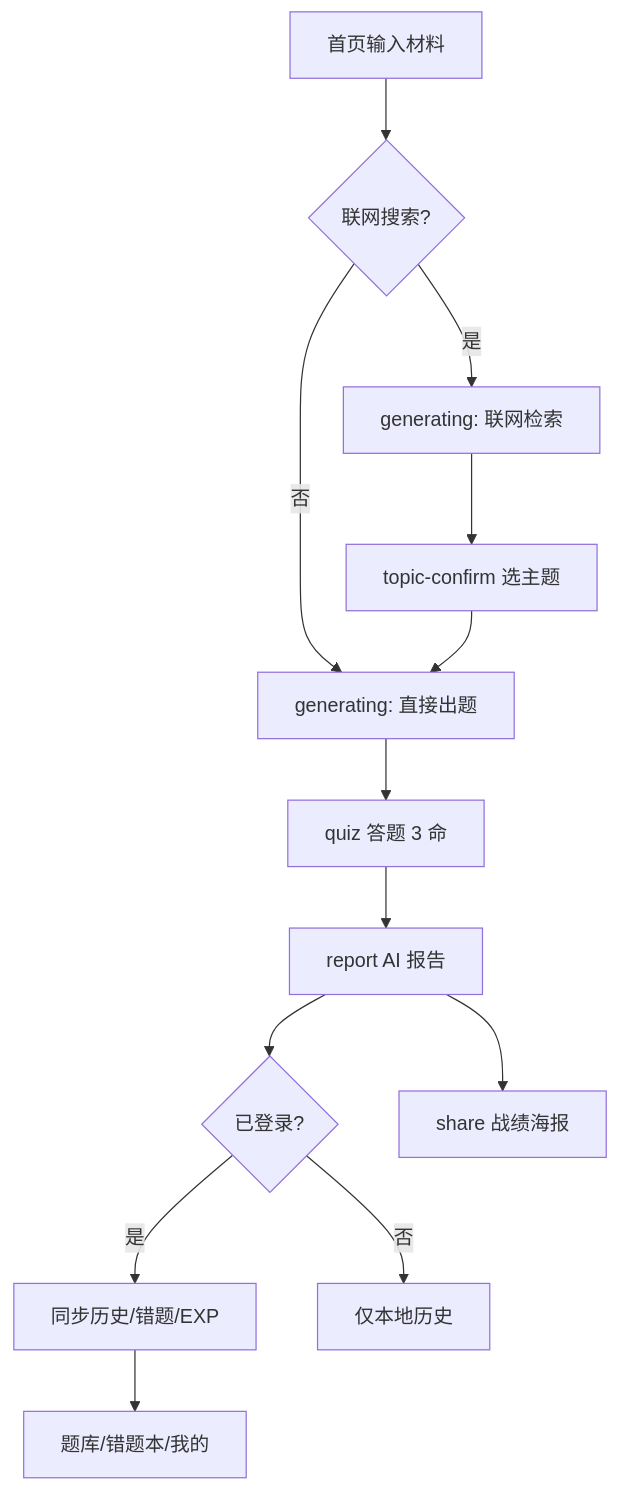
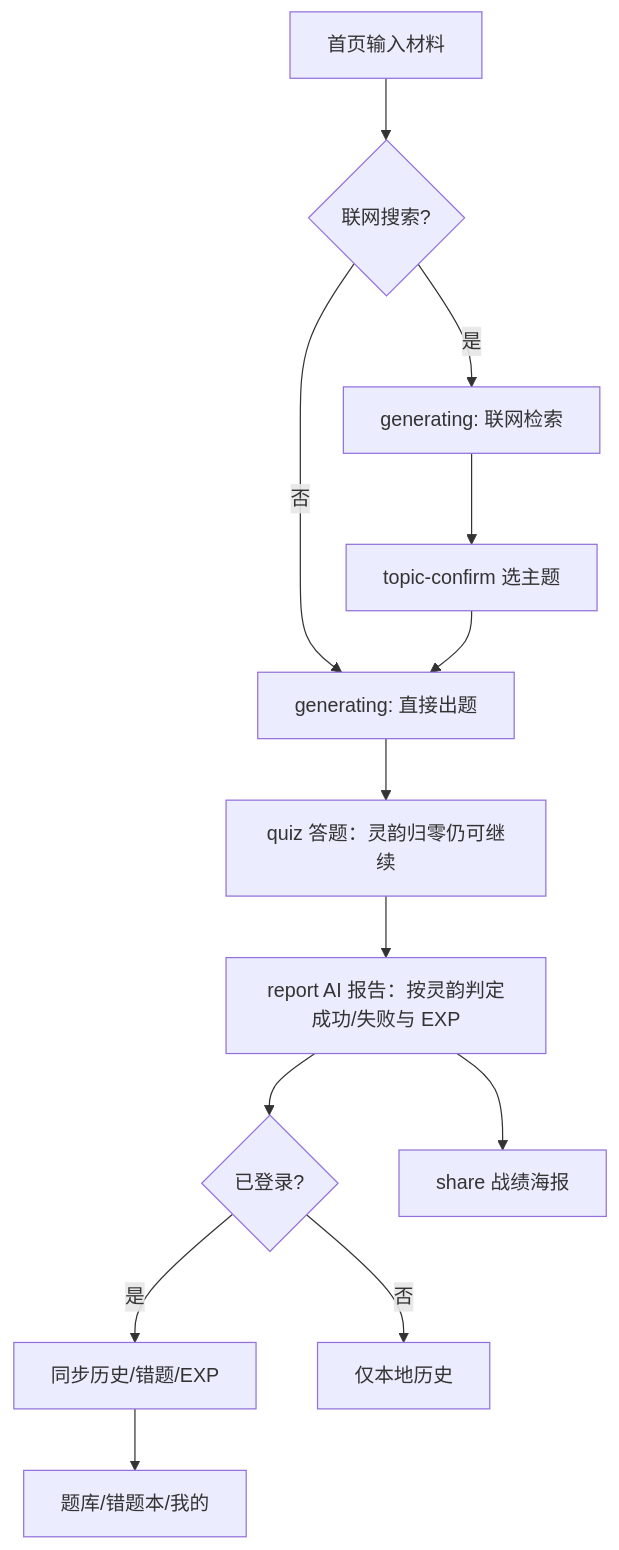
One commit to Lingou2077/ai-alchemy changed the diagram in docs/over/AI炼金--需求分析.md. Above: the diagram before and after it, drawn with Mermaid. The commit also changed other lines of this file and 2 other files, not shown here.

First line of the commit message:
fix: 灵韵归零后允许继续答题并按结束时灵韵结算 EXP

````diff
--- a/docs/over/AI炼金--需求分析.md
+++ b/docs/over/AI炼金--需求分析.md
@@ -158,15 +158,15 @@
 ```mermaid
 flowchart TD
     A[首页输入材料] --> B{联网搜索?}
     B -->|否| C[generating: 直接出题]
     B -->|是| D[generating: 联网检索]
     D --> E[topic-confirm 选主题]
     E --> C
-    C --> F[quiz 答题 3 命]
-    F --> G[report AI 报告]
+    C --> F[quiz 答题：灵韵归零仍可继续]
+    F --> G[report AI 报告：按灵韵判定成功/失败与 EXP]
     G --> H{已登录?}
     H -->|是| I[同步历史/错题/EXP]
     H -->|否| J[仅本地历史]
     G --> K[share 战绩海报]
     I --> L[题库/错题本/我的]
 ```
````
